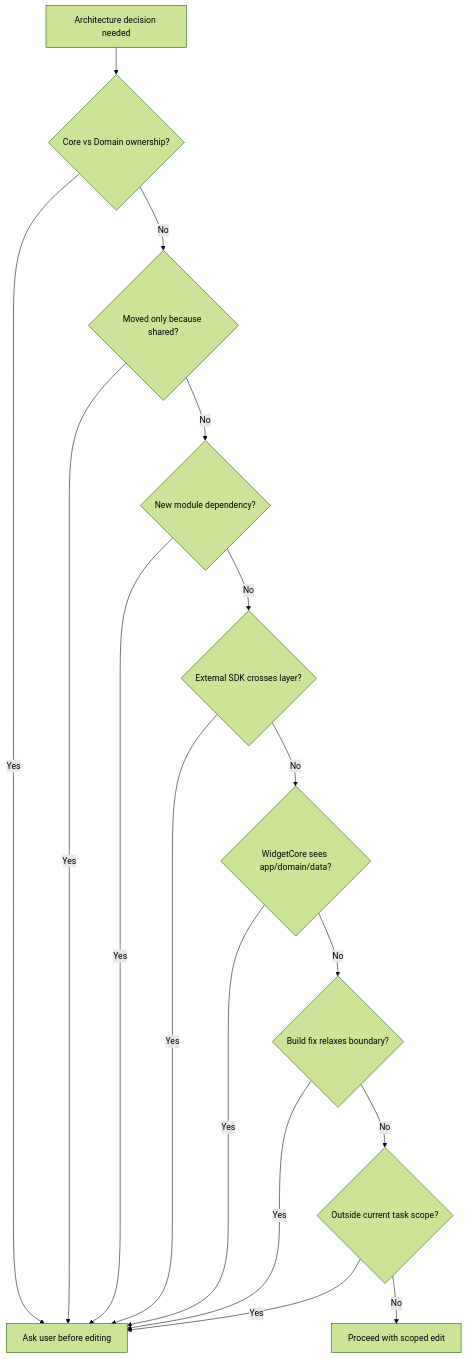
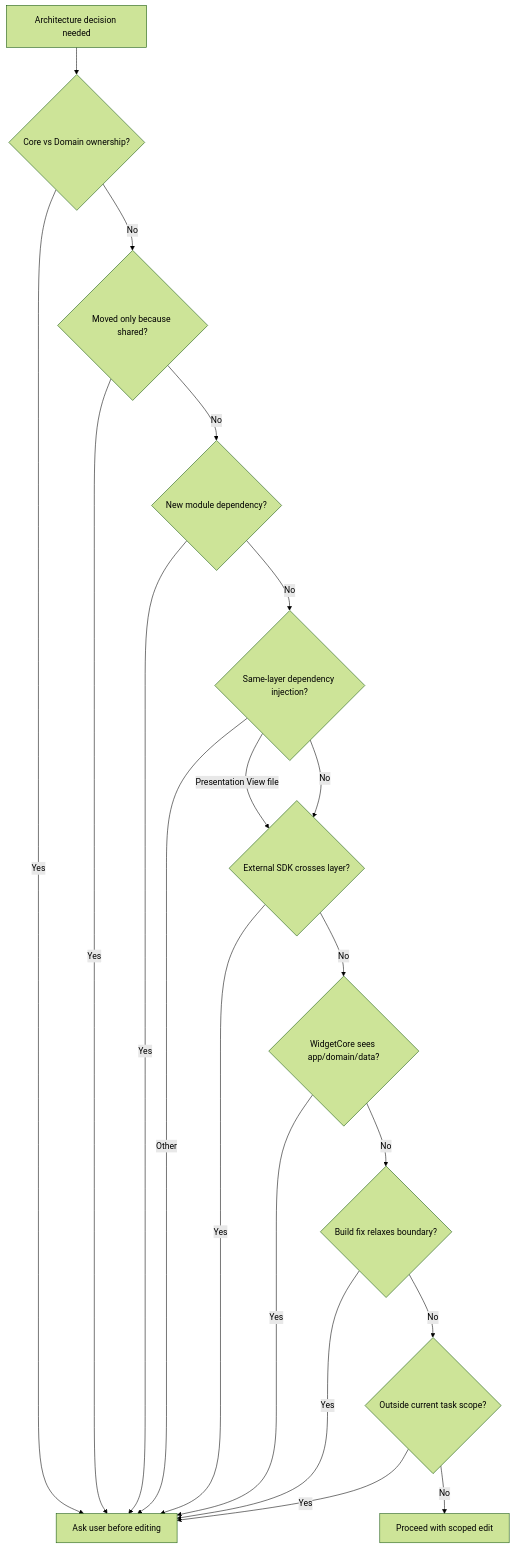
Before and after one commit to opficdev/DevLog_iOS: the fifth of 9 diagrams in .hermes/skills/devlog-architecture-harness/references/devlog-architecture-flow.md, drawn with Mermaid (forest theme). The commit also changed other lines of this file and 3 other files, not shown here.

````diff
--- a/.hermes/skills/devlog-architecture-harness/references/devlog-architecture-flow.md
+++ b/.hermes/skills/devlog-architecture-harness/references/devlog-architecture-flow.md
@@ -162,29 +172,33 @@
 ```mermaid
 flowchart TD
 	Check["Architecture decision needed"]
 	CoreDomain{"Core vs Domain ownership?"}
 	Shared{"Moved only because shared?"}
 	NewDependency{"New module dependency?"}
+	SameLayerDI{"Same-layer dependency injection?"}
 	ExternalSDK{"External SDK crosses layer?"}
 	WidgetBoundary{"WidgetCore sees app/domain/data?"}
 	BuildShortcut{"Build fix relaxes boundary?"}
 	ScopeDrift{"Outside current task scope?"}
 	Ask["Ask user before editing"]
 	Proceed["Proceed with scoped edit"]
 
 	Check --> CoreDomain
 	CoreDomain -->|Yes| Ask
 	CoreDomain -->|No| Shared
 	Shared -->|Yes| Ask
 	Shared -->|No| NewDependency
 	NewDependency -->|Yes| Ask
-	NewDependency -->|No| ExternalSDK
+	NewDependency -->|No| SameLayerDI
+	SameLayerDI -->|Presentation View file| ExternalSDK
+	SameLayerDI -->|No| ExternalSDK
+	SameLayerDI -->|Other| Ask
 	ExternalSDK -->|Yes| Ask
 	ExternalSDK -->|No| WidgetBoundary
 	WidgetBoundary -->|Yes| Ask
 	WidgetBoundary -->|No| BuildShortcut
 	BuildShortcut -->|Yes| Ask
 	BuildShortcut -->|No| ScopeDrift
 	ScopeDrift -->|Yes| Ask
 	ScopeDrift -->|No| Proceed
 ```
````
